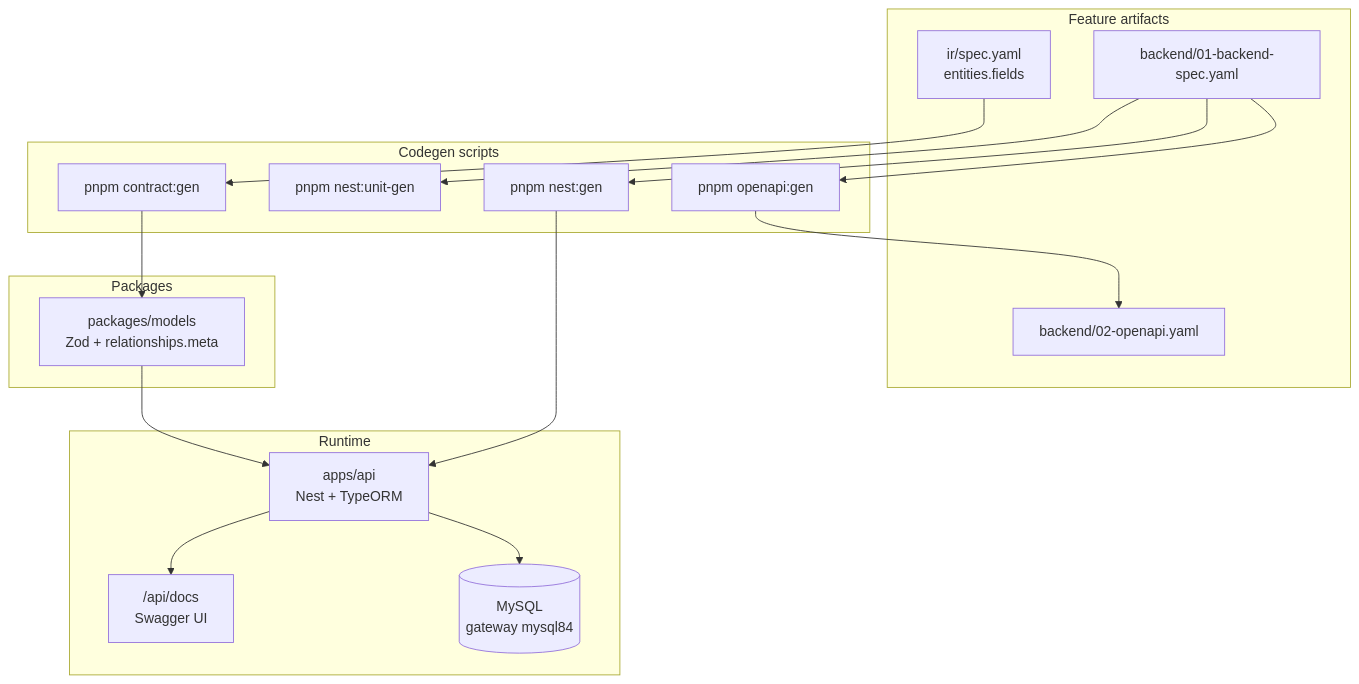
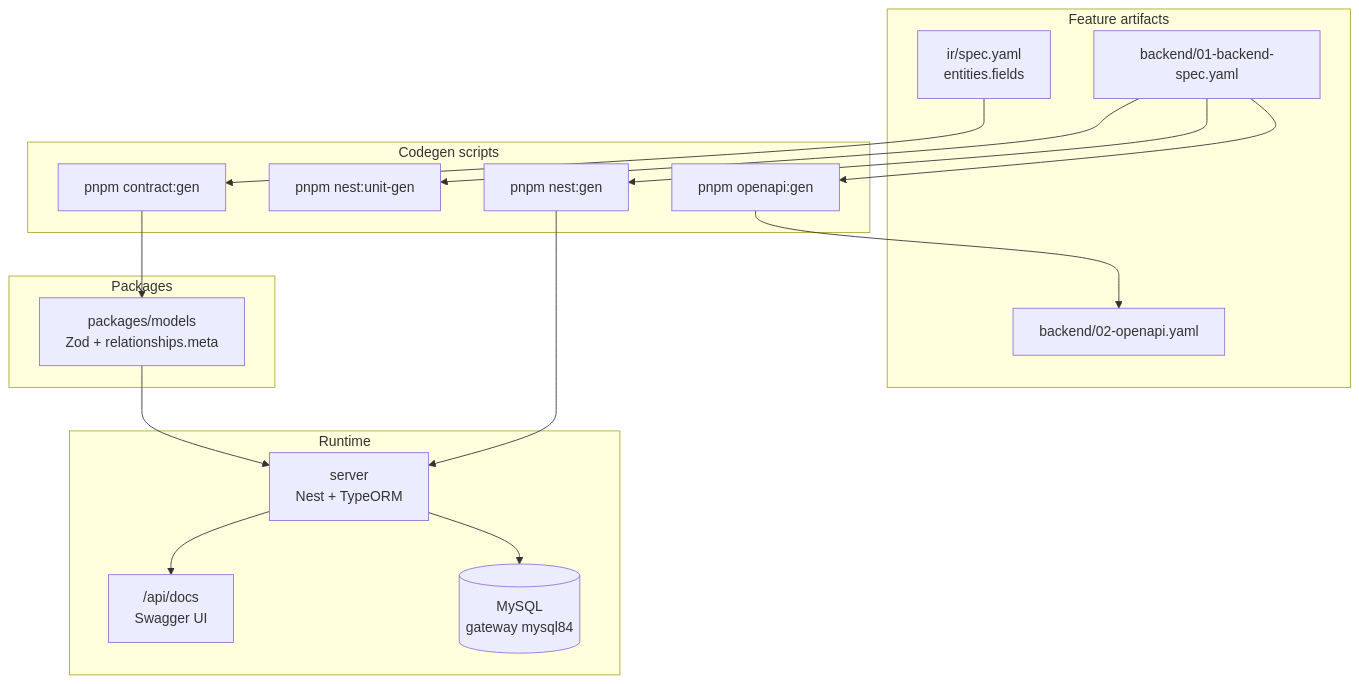
The diagram in docs/operational/BACKEND-API-QUICKSTART.md (raintr91/next_nest), drawn with Mermaid before and after one commit. The commit also changed other lines of this file and 233 other files, not shown here.

````diff
--- a/docs/operational/BACKEND-API-QUICKSTART.md
+++ b/docs/operational/BACKEND-API-QUICKSTART.md
@@ -9,33 +9,33 @@
 ```mermaid
 flowchart TB
   subgraph specs["Feature artifacts"]
     IR["ir/spec.yaml\nentities.fields"]
     BE["backend/01-backend-spec.yaml"]
     OAS["backend/02-openapi.yaml"]
   end
 
   subgraph codegen["Codegen scripts"]
     CG["pnpm contract:gen"]
     OG["pnpm openapi:gen"]
     NG["pnpm nest:gen"]
     NUG["pnpm nest:unit-gen"]
   end
 
   subgraph packages["Packages"]
     MODELS["packages/models\nZod + relationships.meta"]
   end
 
   subgraph runtime["Runtime"]
-    API["apps/api\nNest + TypeORM"]
+    API["server\nNest + TypeORM"]
     DB[("MySQL\ngateway mysql84")]
     SW["/api/docs\nSwagger UI"]
   end
 
   IR --> CG --> MODELS
   BE --> OG --> OAS
   BE --> NG --> API
   MODELS --> API
   BE --> NUG
   API --> DB
   API --> SW
 ```
````
